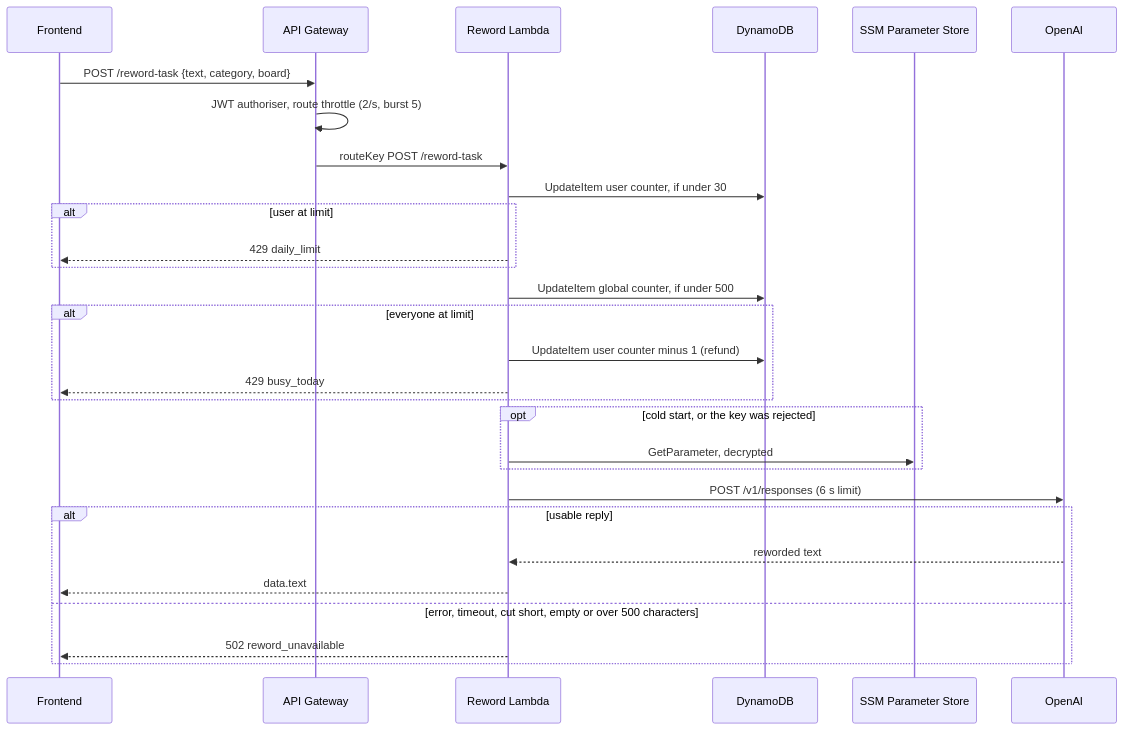
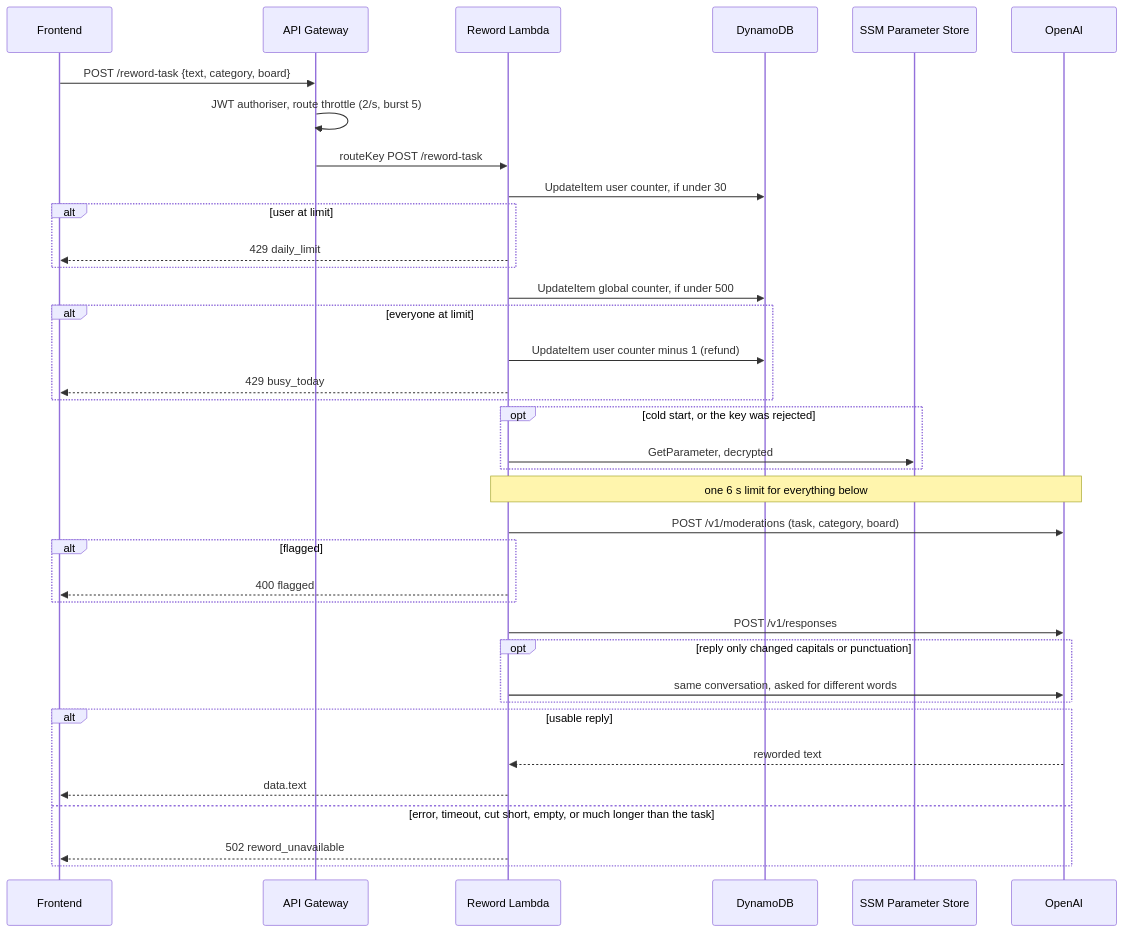
The seventh of 11 diagrams in ARCHITECTURE.md (TomBenjaminMorris/listpal-backend), drawn with Mermaid before and after one commit. The commit also changed other lines of this file and 2 other files, not shown here.

````diff
--- a/ARCHITECTURE.md
+++ b/ARCHITECTURE.md
@@ -344,32 +344,40 @@
 ```mermaid
 sequenceDiagram
     participant F as Frontend
     participant G as API Gateway
     participant R as Reword Lambda
     participant D as DynamoDB
     participant S as SSM Parameter Store
     participant O as OpenAI
 
     F->>G: POST /reword-task {text, category, board}
     G->>G: JWT authoriser, route throttle (2/s, burst 5)
     G->>R: routeKey POST /reword-task
     R->>D: UpdateItem user counter, if under 30
     alt user at limit
         R-->>F: 429 daily_limit
     end
     R->>D: UpdateItem global counter, if under 500
     alt everyone at limit
         R->>D: UpdateItem user counter minus 1 (refund)
         R-->>F: 429 busy_today
     end
     opt cold start, or the key was rejected
         R->>S: GetParameter, decrypted
     end
-    R->>O: POST /v1/responses (6 s limit)
+    Note over R,O: one 6 s limit for everything below
+    R->>O: POST /v1/moderations (task, category, board)
+    alt flagged
+        R-->>F: 400 flagged
+    end
+    R->>O: POST /v1/responses
+    opt reply only changed capitals or punctuation
+        R->>O: same conversation, asked for different words
+    end
     alt usable reply
         O-->>R: reworded text
         R-->>F: data.text
-    else error, timeout, cut short, empty or over 500 characters
+    else error, timeout, cut short, empty, or much longer than the task
         R-->>F: 502 reword_unavailable
     end
 ```
````
